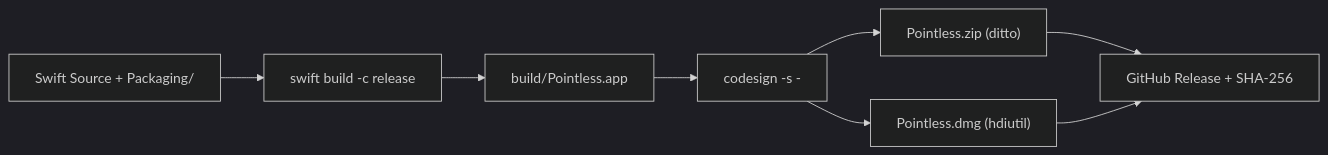
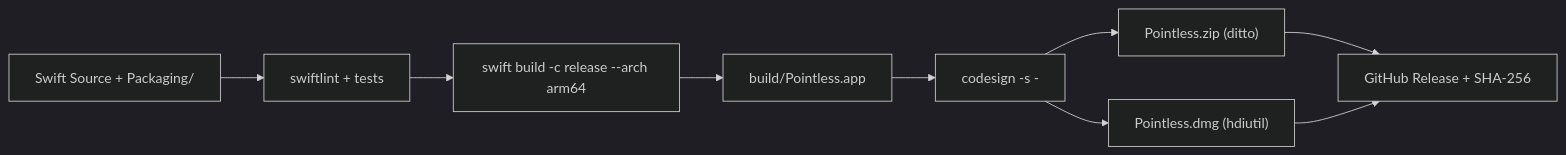
One commit to alterlife/pointless changed the diagram in docs/DESIGN_PACKAGING.md. Above: the diagram before and after it, drawn with Mermaid (dark theme). The commit also changed other lines of this file and 5 other files, not shown here.

````diff
--- a/docs/DESIGN_PACKAGING.md
+++ b/docs/DESIGN_PACKAGING.md
@@ -16,10 +16,11 @@
 ```mermaid
 flowchart LR
-    Source["Swift Source + Packaging/"] --> Build["swift build -c release"]
+    Source["Swift Source + Packaging/"] --> Verify["swiftlint + tests"]
+    Verify --> Build["swift build -c release --arch arm64"]
     Build --> App["build/Pointless.app"]
     App --> Sign["codesign -s -"]
     Sign --> Zip["Pointless.zip (ditto)"]
     Sign --> DMG["Pointless.dmg (hdiutil)"]
     Zip --> Release["GitHub Release + SHA-256"]
     DMG --> Release
 ```
````
